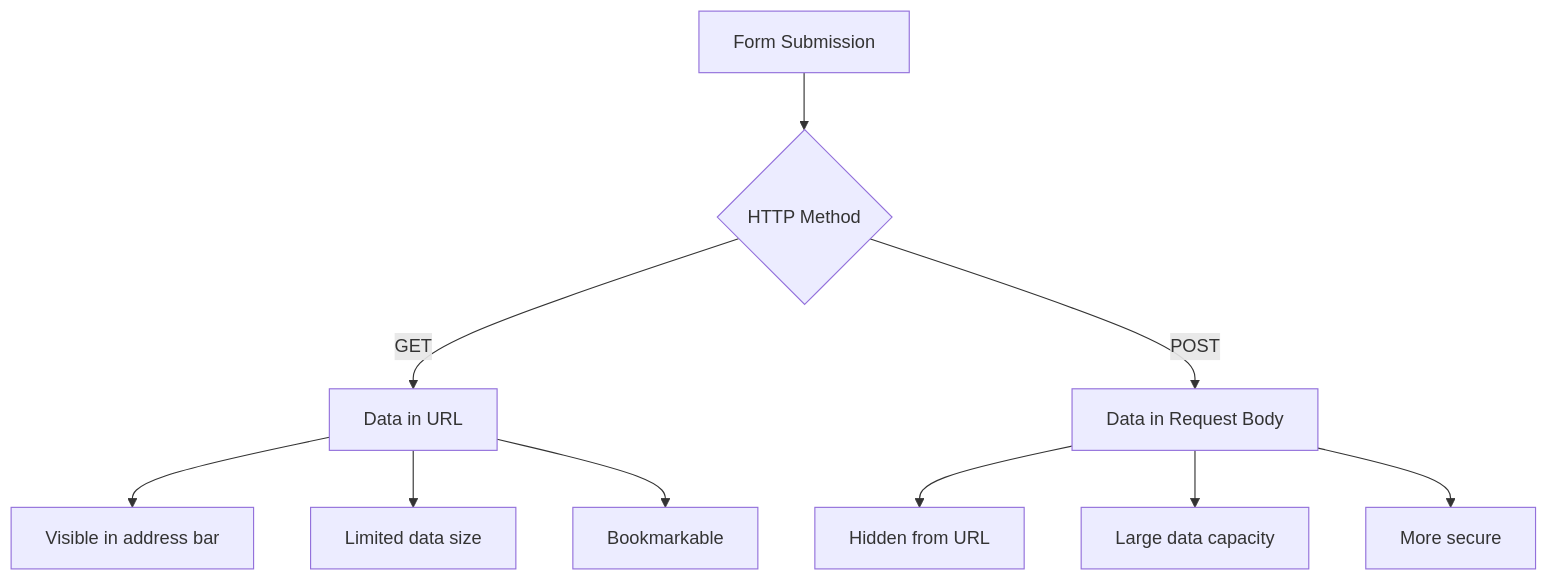
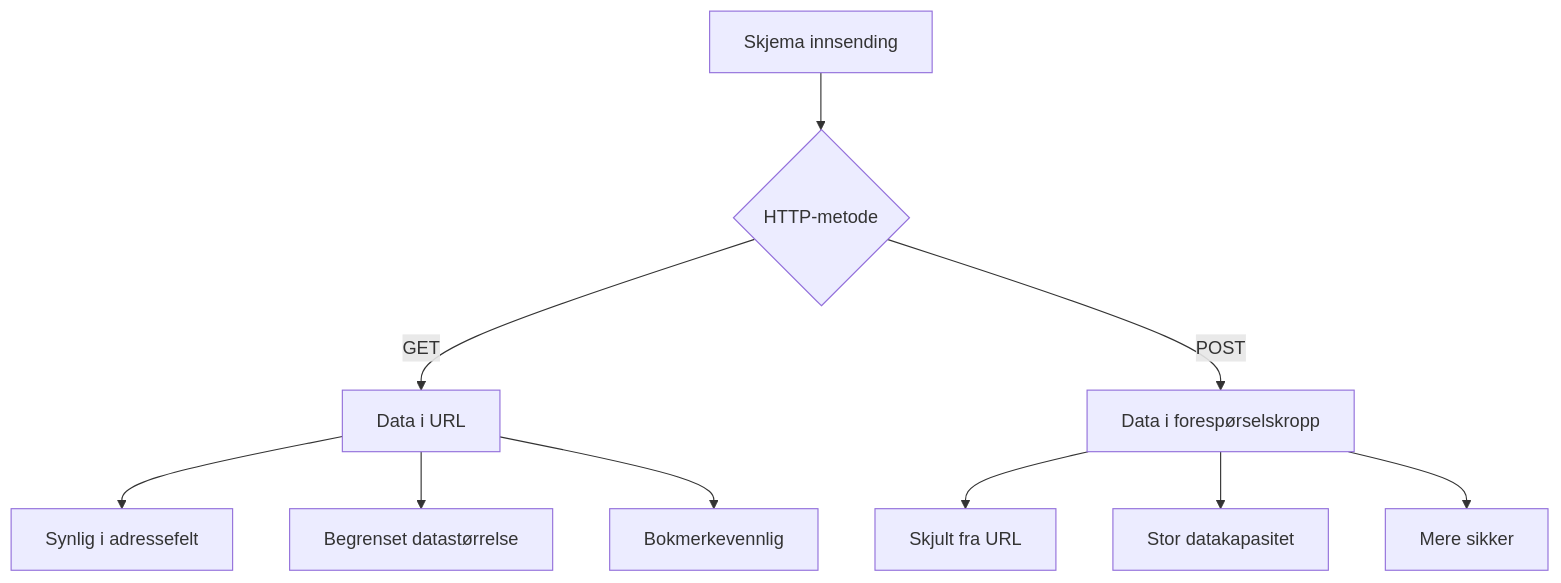
One commit to microsoft/Web-Dev-For-Beginners changed the fourth of 9 diagrams in translations/no/7-bank-project/2-forms/README.md. Above: the diagram before and after it, drawn with Mermaid. The commit also changed other lines of this file and 99 other files, not shown here.

````diff
--- a/translations/no/7-bank-project/2-forms/README.md
+++ b/translations/no/7-bank-project/2-forms/README.md
@@ -239,14 +299,14 @@
 ```mermaid
 graph TD
-    A[Form Submission] --> B{HTTP Method}
-    B -->|GET| C[Data in URL]
-    B -->|POST| D[Data in Request Body]
+    A[Skjema innsending] --> B{HTTP-metode}
+    B -->|GET| C[Data i URL]
+    B -->|POST| D[Data i forespørselskropp]
     
-    C --> E[Visible in address bar]
-    C --> F[Limited data size]
-    C --> G[Bookmarkable]
+    C --> E[Synlig i adressefelt]
+    C --> F[Begrenset datastørrelse]
+    C --> G[Bokmerkevennlig]
     
-    D --> H[Hidden from URL]
-    D --> I[Large data capacity]
-    D --> J[More secure]
+    D --> H[Skjult fra URL]
+    D --> I[Stor datakapasitet]
+    D --> J[Mere sikker]
 ```
````
